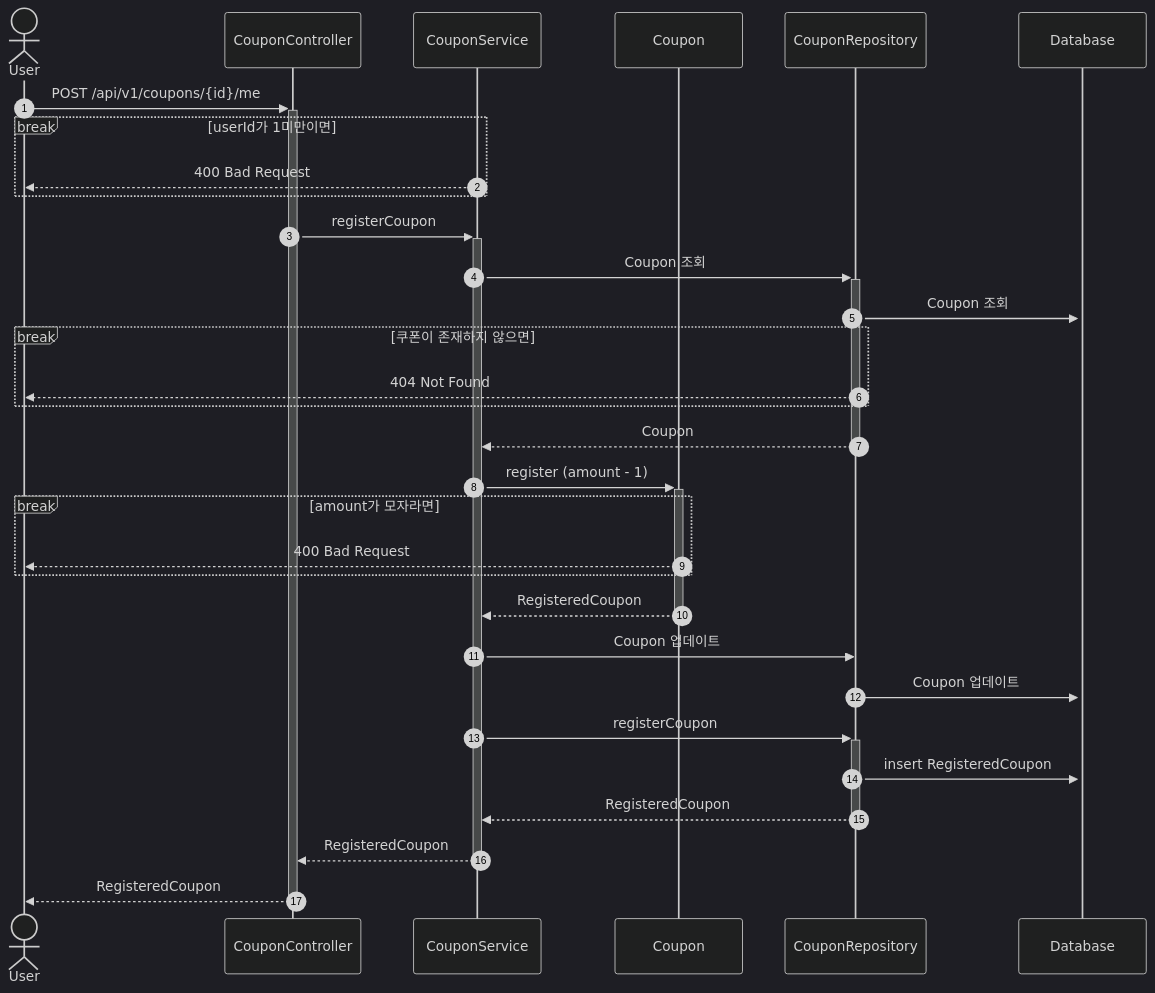
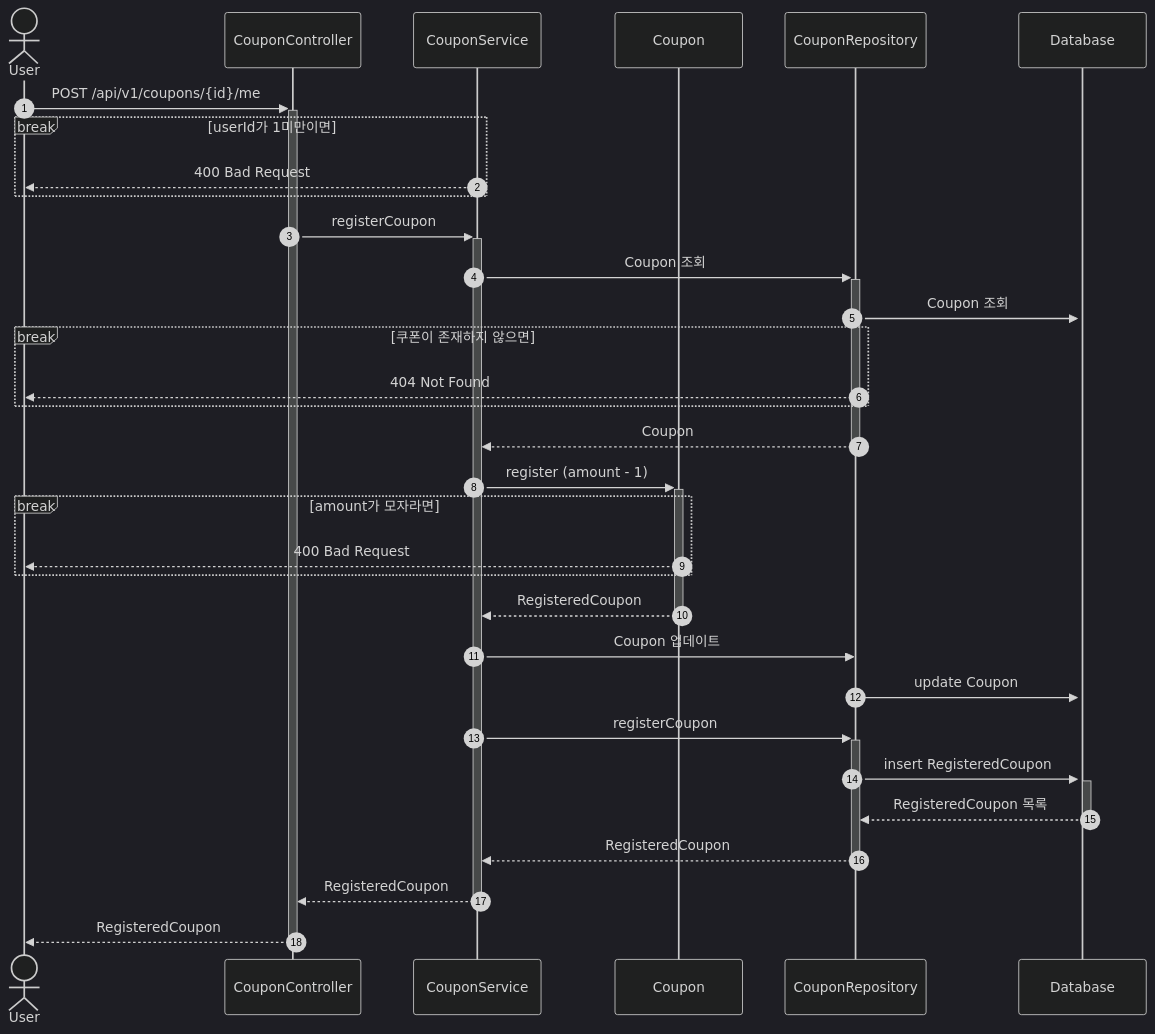
Before and after one commit to jsween5723/commerce: the first of 2 diagrams in docs/coupon/readme.md, drawn with Mermaid (dark theme). The commit also changed other lines of this file, not shown here.

Commit message:
docs(sequence): coupon 시퀀스 다이어그램 누락사항 반영

````diff
--- a/docs/coupon/readme.md
+++ b/docs/coupon/readme.md
@@ -3,33 +3,34 @@
 ```mermaid
 sequenceDiagram
     autonumber
     actor User
     participant CouponController
     participant CouponService
     participant Coupon
     participant CouponRepository
     participant Database
     User ->>+ CouponController: POST /api/v1/coupons/{id}/me
     break userId가 1미만이면
         CouponService -->> User: 400 Bad Request
     end
     CouponController ->>+ CouponService: registerCoupon
     CouponService ->>+ CouponRepository: Coupon 조회
     CouponRepository ->>+ Database: Coupon 조회
     break 쿠폰이 존재하지 않으면
         CouponRepository -->> User: 404 Not Found
     end
     CouponRepository -->>- CouponService: Coupon
     CouponService ->>+ Coupon: register (amount - 1)
     break amount가 모자라면
         Coupon -->> User: 400 Bad Request
     end
     Coupon -->>- CouponService: RegisteredCoupon
     CouponService ->> CouponRepository: Coupon 업데이트
-    CouponRepository ->> Database: Coupon 업데이트
+    CouponRepository ->> Database: update Coupon
     CouponService ->>+ CouponRepository: registerCoupon
-    CouponRepository ->> Database: insert RegisteredCoupon
+    CouponRepository ->>+ Database: insert RegisteredCoupon
+    Database -->>- CouponRepository: RegisteredCoupon 목록
     CouponRepository -->>- CouponService: RegisteredCoupon
     CouponService -->>- CouponController: RegisteredCoupon
     CouponController -->>- User: RegisteredCoupon
 ```
````
